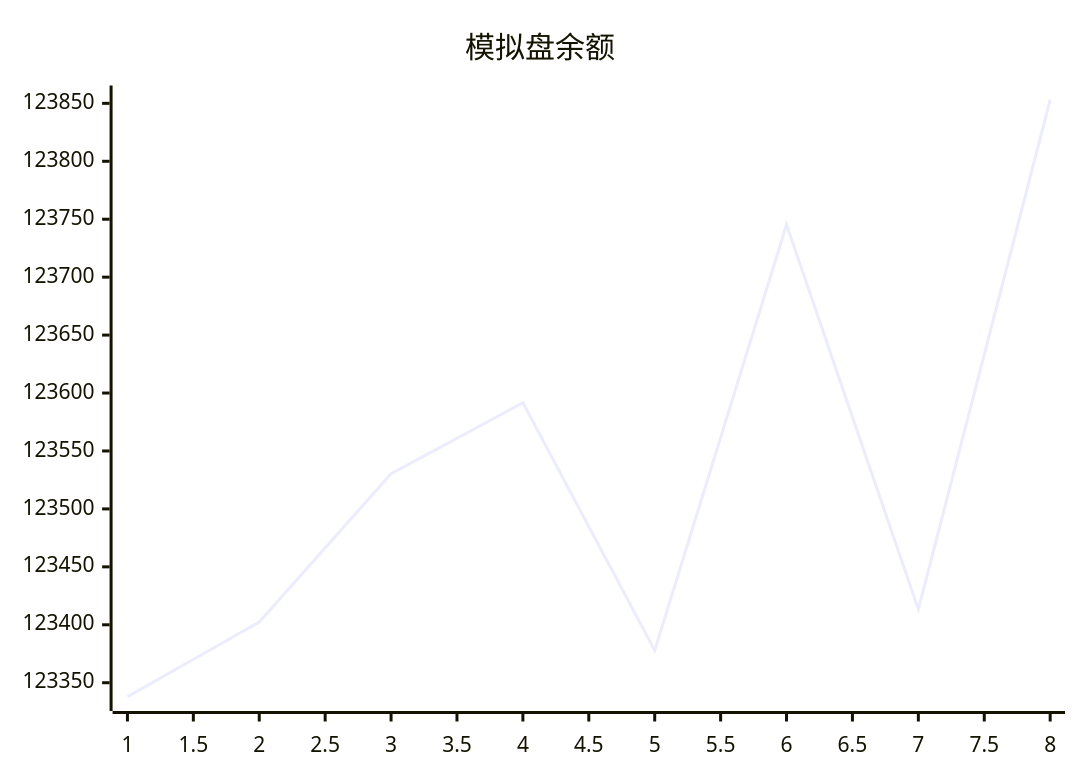
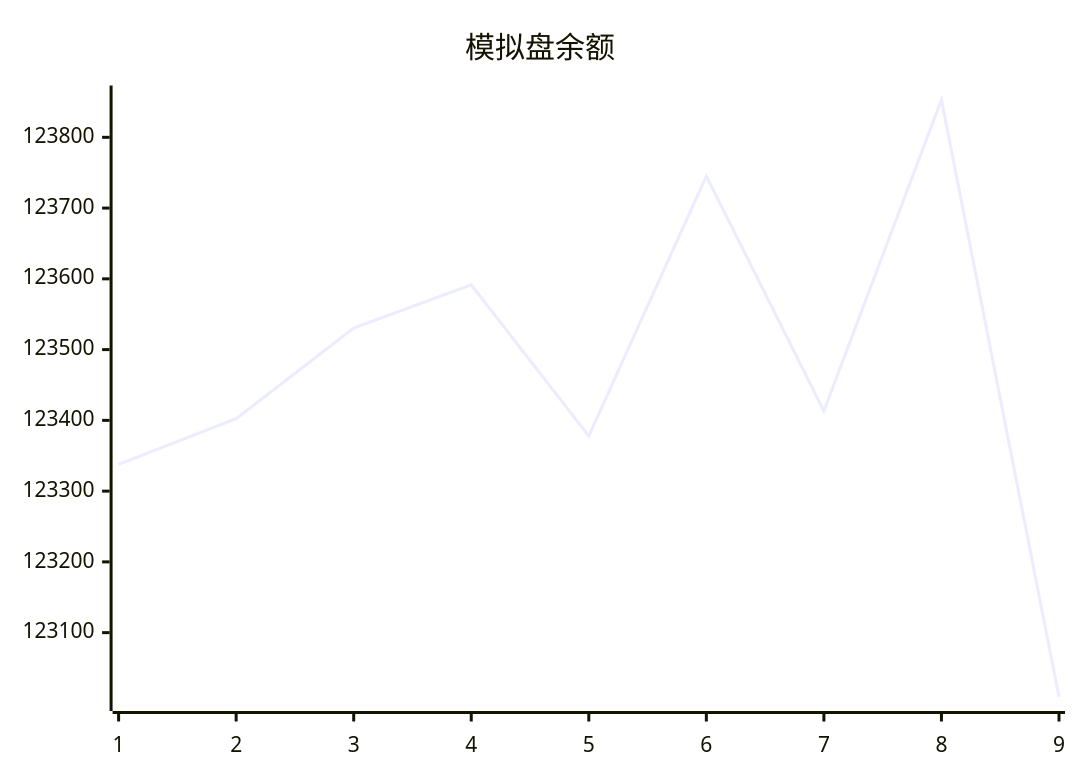
One commit to aahl/mcp-aktools changed the diagram in trading/README.md. Above: the diagram before and after it, drawn with Mermaid. The commit also changed 1 other file, not shown here.

Commit message:
📈 AkTools MCP Server

````diff
--- a/trading/README.md
+++ b/trading/README.md
@@ -3,5 +3,5 @@
 ```mermaid
 xychart
     title "模拟盘余额"
-    line [123337.9,123402.4,123530.3,123591.6,123377.9,123745.3,123413.3,123853.1]
+    line [123337.9,123402.4,123530.3,123591.6,123377.9,123745.3,123413.3,123853.1,123009.4]
 ```
````
